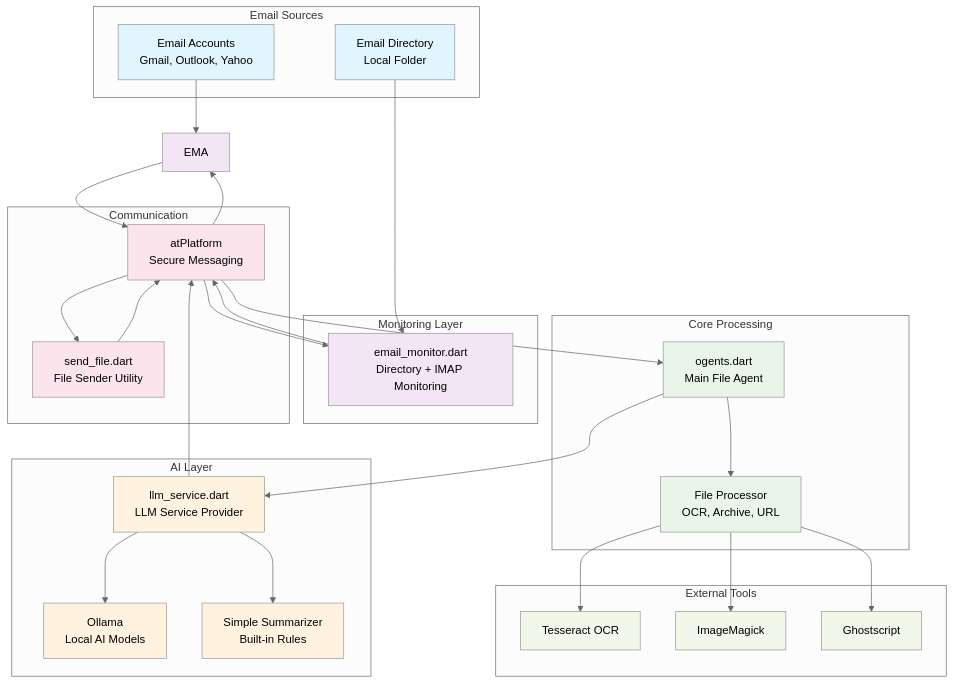
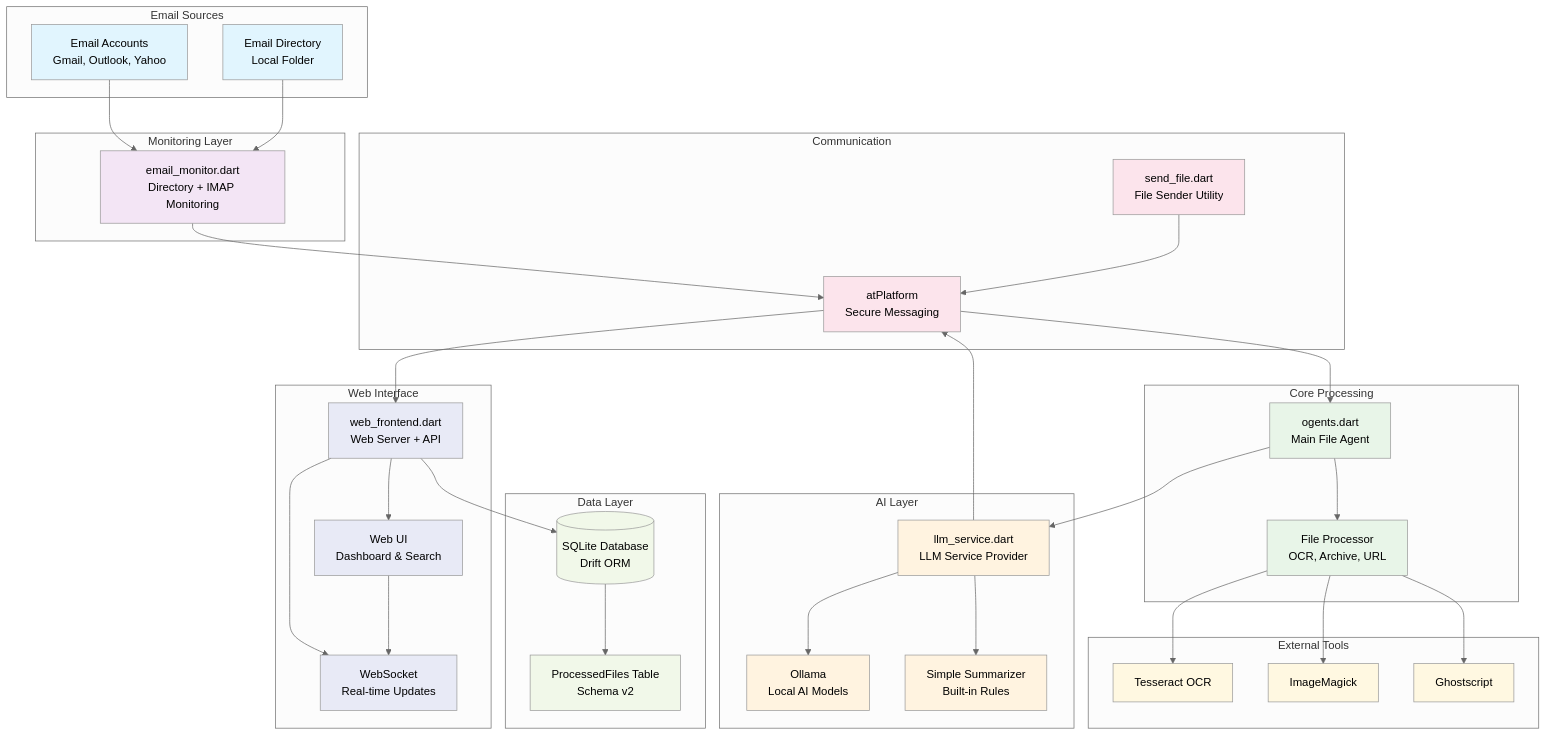
The diagram in docs/SYSTEM_ARCHITECTURE.md (cconstab/ogents), drawn with Mermaid (neutral theme) before and after one commit. The commit also changed other lines of this file, not shown here.

````diff
--- a/docs/SYSTEM_ARCHITECTURE.md
+++ b/docs/SYSTEM_ARCHITECTURE.md
@@ -26,6 +26,17 @@
         SS[Simple Summarizer<br/>Built-in Rules]
     end
     
+    subgraph "Web Interface"
+        WF[web_frontend.dart<br/>Web Server + API]
+        UI[Web UI<br/>Dashboard & Search]
+        WS[WebSocket<br/>Real-time Updates]
+    end
+    
+    subgraph "Data Layer"
+        DB[(SQLite Database<br/>Drift ORM)]
+        PS[ProcessedFiles Table<br/>Schema v2]
+    end
+    
     subgraph "Communication"
         AT[atPlatform<br/>Secure Messaging]
         SF[send_file.dart<br/>File Sender Utility]
@@ -38,9 +49,8 @@
     end
     
     %% Data Flow
-    EM --> EMA
+    EM --> EMO
     ED --> EMO
-    EMA --> AT
     EMO --> AT
     SF --> AT
     AT --> FA
@@ -52,22 +62,29 @@
     LLM --> OL
     LLM --> SS
     LLM --> AT
-    AT --> EMA
-    AT --> EMO
-    AT --> SF
+    AT --> WF
+    WF --> DB
+    DB --> PS
+    WF --> UI
+    WF --> WS
+    UI --> WS
     
     %% Styling
     classDef email fill:#e1f5fe
     classDef monitor fill:#f3e5f5
     classDef core fill:#e8f5e8
     classDef ai fill:#fff3e0
+    classDef web fill:#e8eaf6
+    classDef data fill:#f1f8e9
     classDef comm fill:#fce4ec
-    classDef external fill:#f1f8e9
+    classDef external fill:#fff8e1
     
     class EM,ED email
-    class EMA,EMO monitor
+    class EMO monitor
     class FA,FP core
     class LLM,OL,SS ai
+    class WF,UI,WS web
+    class DB,PS data
     class AT,SF comm
     class TS,IM,GS external
 ```
````
